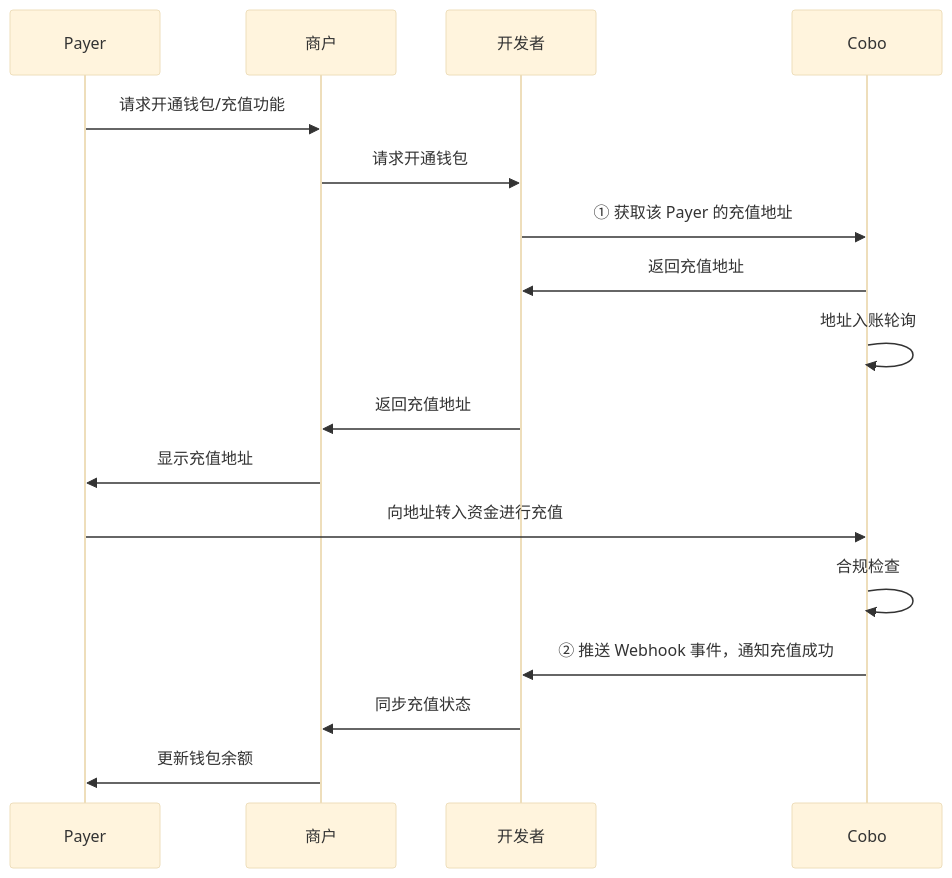
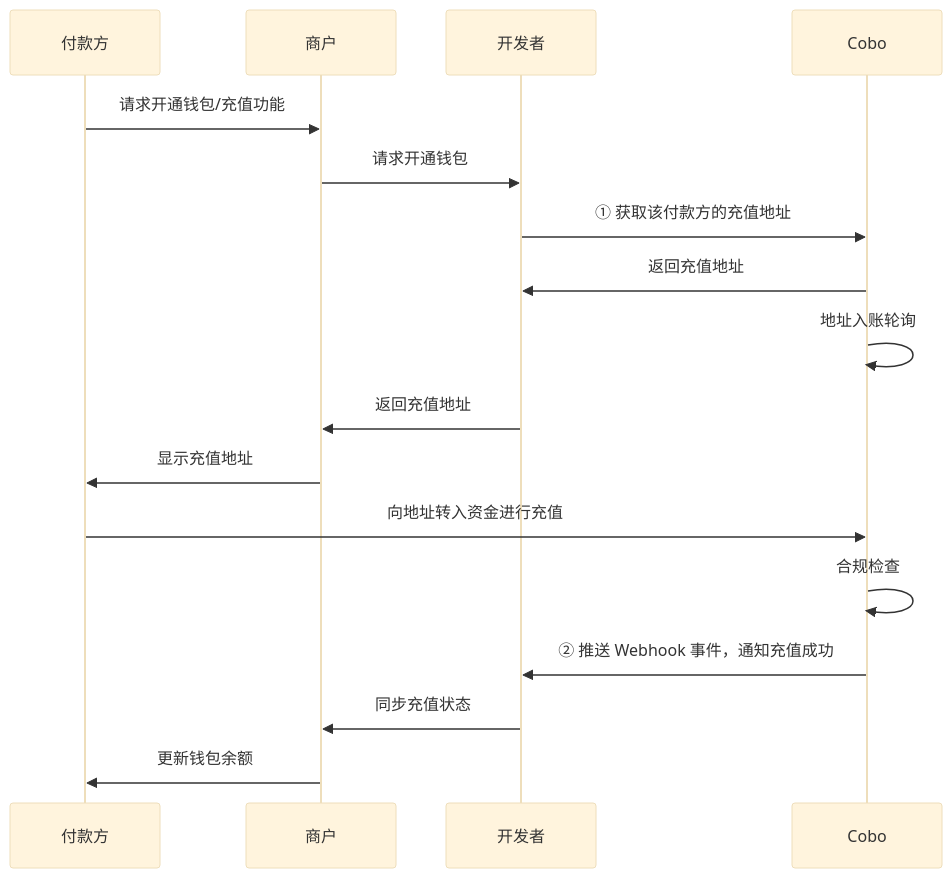
The diagram in v2_cn/payments/get-topup-addresses.mdx (rcsh1/developer-site), drawn with Mermaid (base theme) before and after one commit. The commit also changed other lines of this file and 36 other files, not shown here.

````diff
--- a/v2_cn/payments/get-topup-addresses.mdx
+++ b/v2_cn/payments/get-topup-addresses.mdx
@@ -9,19 +9,19 @@
 ```mermaid
 sequenceDiagram
-    participant Payer
+    participant 付款方
     participant 商户
     participant 开发者
     participant Cobo
-    Payer ->> 商户: 请求开通钱包/充值功能
+    付款方 ->> 商户: 请求开通钱包/充值功能
     商户 ->> 开发者: 请求开通钱包
-    开发者 ->> Cobo: ① 获取该 Payer 的充值地址
+    开发者 ->> Cobo: ① 获取该付款方的充值地址
     Cobo ->> 开发者: 返回充值地址
     Cobo ->> Cobo: 地址入账轮询
     开发者 ->> 商户: 返回充值地址
-    商户 ->> Payer: 显示充值地址
-    Payer ->> Cobo: 向地址转入资金进行充值
+    商户 ->> 付款方: 显示充值地址
+    付款方 ->> Cobo: 向地址转入资金进行充值
     Cobo ->> Cobo: 合规检查
     Cobo ->> 开发者: ② 推送 Webhook 事件，通知充值成功
     开发者 ->> 商户: 同步充值状态
-    商户 ->> Payer: 更新钱包余额
+    商户 ->> 付款方: 更新钱包余额
 ```
````
